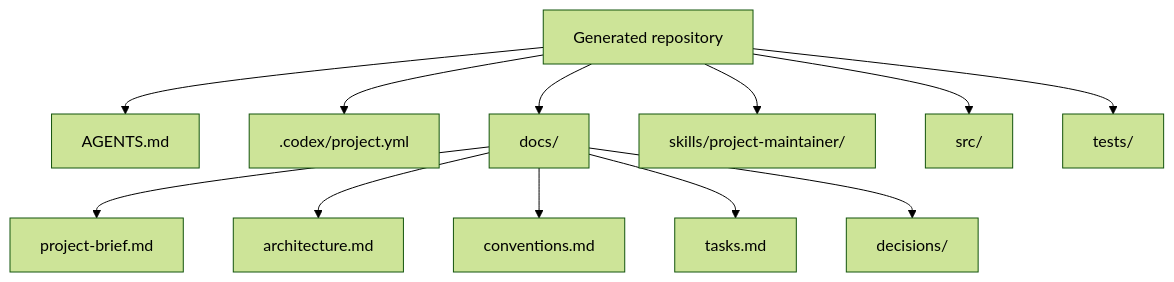
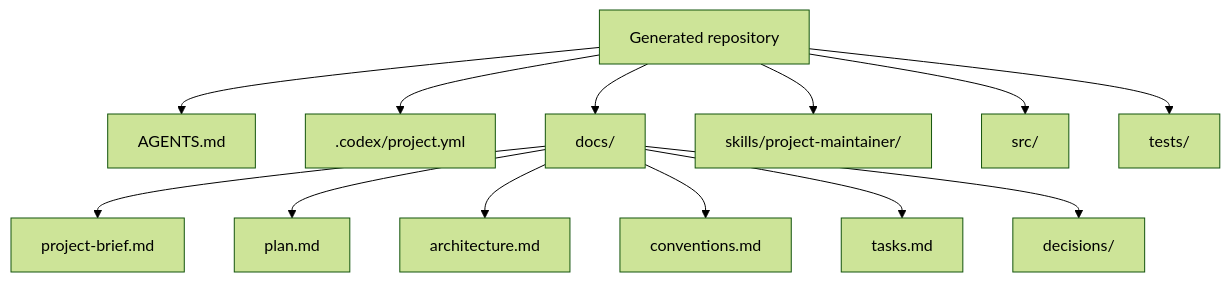
One commit to aethersg/framework-codex-like-claude-code changed the ninth of 10 diagrams in README.md. Above: the diagram before and after it, drawn with Mermaid (forest theme). The commit also changed other lines of this file and 6 other files, not shown here.

Commit message:
Add planning doc and onboarding prompt flows

````diff
--- a/README.md
+++ b/README.md
@@ -530,14 +672,15 @@
 ```mermaid
 flowchart TD
     A["Generated repository"] --> B["AGENTS.md"]
     A --> C[".codex/project.yml"]
     A --> D["docs/"]
     A --> E["skills/project-maintainer/"]
     A --> F["src/"]
     A --> G["tests/"]
     D --> D1["project-brief.md"]
-    D --> D2["architecture.md"]
-    D --> D3["conventions.md"]
-    D --> D4["tasks.md"]
-    D --> D5["decisions/"]
+    D --> D2["plan.md"]
+    D --> D3["architecture.md"]
+    D --> D4["conventions.md"]
+    D --> D5["tasks.md"]
+    D --> D6["decisions/"]
 ```
````
